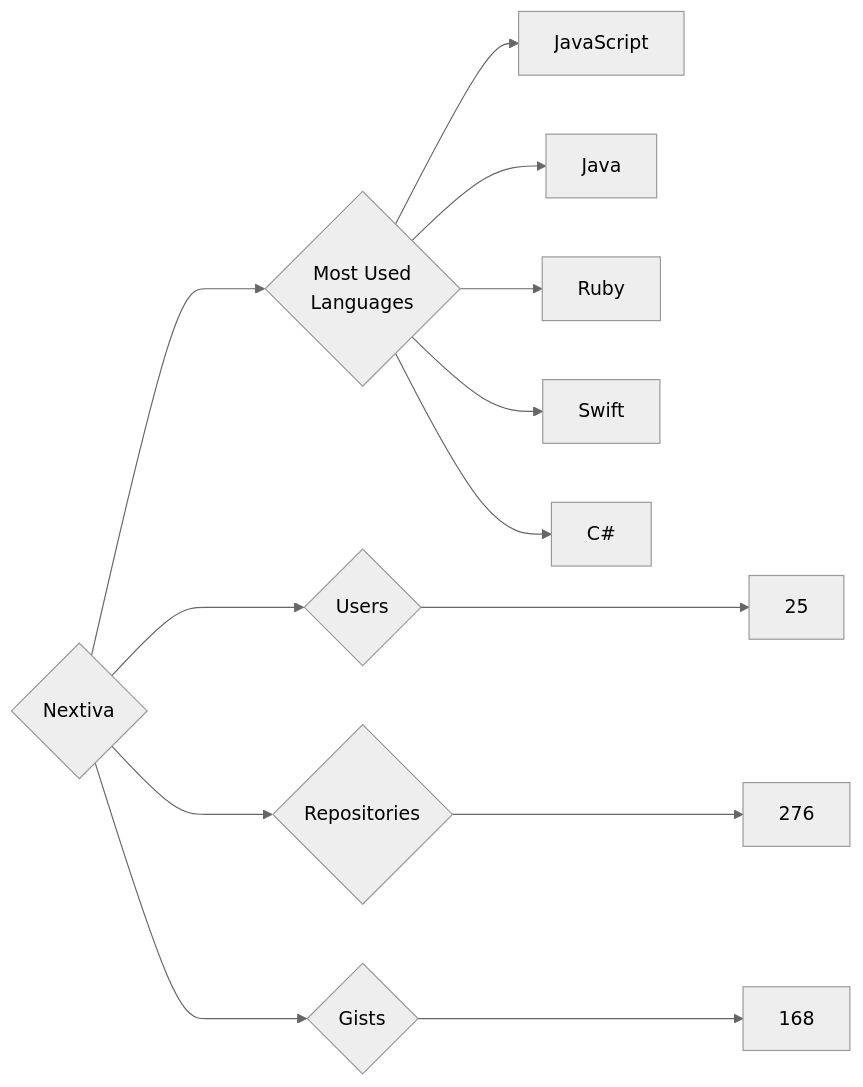
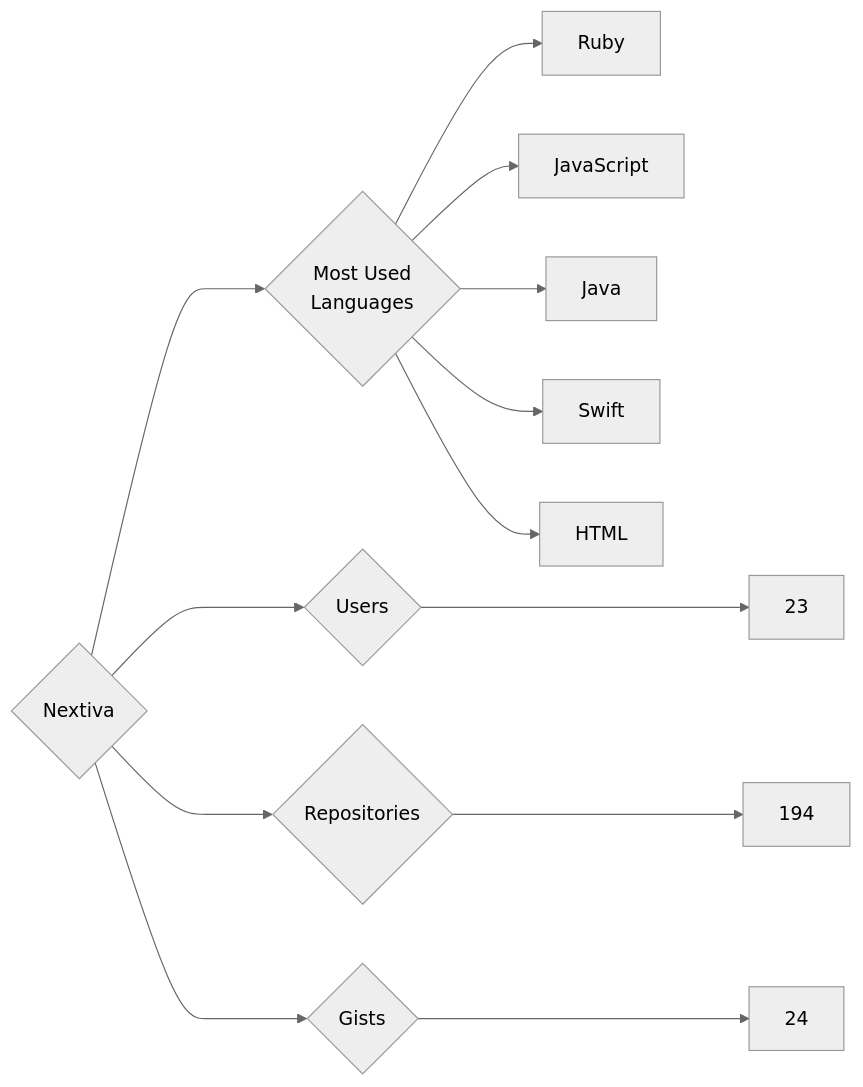
One commit to trickest/insiders changed the diagram in targets/Nextiva/README.md. Above: the diagram before and after it, drawn with Mermaid (neutral theme). The commit also changed 794 other files, not shown here.

````diff
--- a/targets/Nextiva/README.md
+++ b/targets/Nextiva/README.md
@@ -3,13 +3,13 @@
 ```mermaid
 graph LR
 COMPANY_NAME{Nextiva}
-COMPANY_NAME ---> U{Users} ---> UN[25]
-COMPANY_NAME ---> R{Repositories} ---> RN[276]
-COMPANY_NAME ---> G{Gists} ---> GN[168]
+COMPANY_NAME ---> U{Users} ---> UN[23]
+COMPANY_NAME ---> R{Repositories} ---> RN[194]
+COMPANY_NAME ---> G{Gists} ---> GN[24]
 COMPANY_NAME ---> ML{Most Used<br>Languages}
+ML --> Ruby[Ruby]
 ML --> JavaScript[JavaScript]
 ML --> Java[Java]
-ML --> Ruby[Ruby]
 ML --> Swift[Swift]
-ML --> C#[C#]
+ML --> HTML[HTML]
 ```
````
